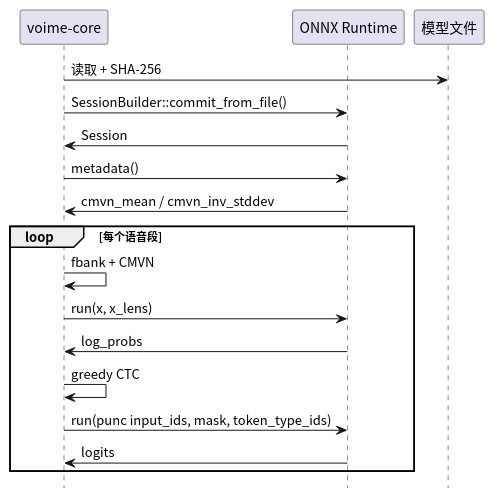
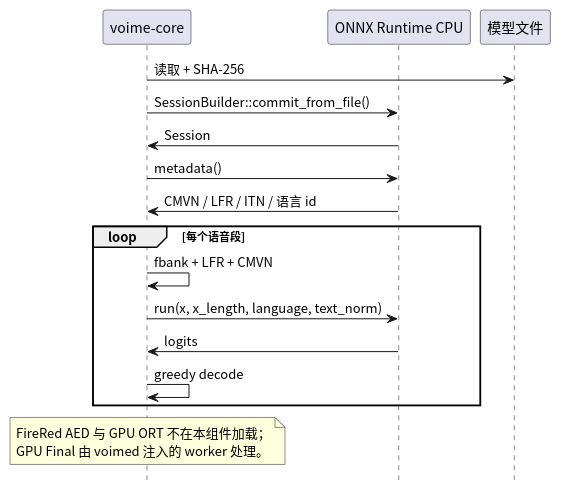
Before and after one commit to 54m43lJ/voime: the diagram in crates/voime-core/diagram/inference-boundary.puml, drawn with PlantUML. The commit also changed 69 other files, not shown here.

```diff
--- a/crates/voime-core/diagram/inference-boundary.puml
+++ b/crates/voime-core/diagram/inference-boundary.puml
@@ -1,24 +1,27 @@
 @startuml
 skinparam defaultFontName "Noto Sans CJK SC"
 skinparam shadowing false
 hide footbox
 
 participant "voime-core" as Core
-participant "ONNX Runtime" as Ort
+participant "ONNX Runtime CPU" as Ort
 participant "模型文件" as Model
 
 Core -> Model : 读取 + SHA-256
 Core -> Ort : SessionBuilder::commit_from_file()
 Ort -> Core : Session
 Core -> Ort : metadata()
-Ort -> Core : cmvn_mean / cmvn_inv_stddev
+Ort -> Core : CMVN / LFR / ITN / 语言 id
 
 loop 每个语音段
-  Core -> Core : fbank + CMVN
-  Core -> Ort : run(x, x_lens)
-  Ort -> Core : log_probs
-  Core -> Core : greedy CTC
-  Core -> Ort : run(punc input_ids, mask, token_type_ids)
+  Core -> Core : fbank + LFR + CMVN
+  Core -> Ort : run(x, x_length, language, text_norm)
   Ort -> Core : logits
+  Core -> Core : greedy decode
 end
+
+note over Core
+  FireRed AED 与 GPU ORT 不在本组件加载；
+  GPU Final 由 voimed 注入的 worker 处理。
+end note
 @enduml
```
